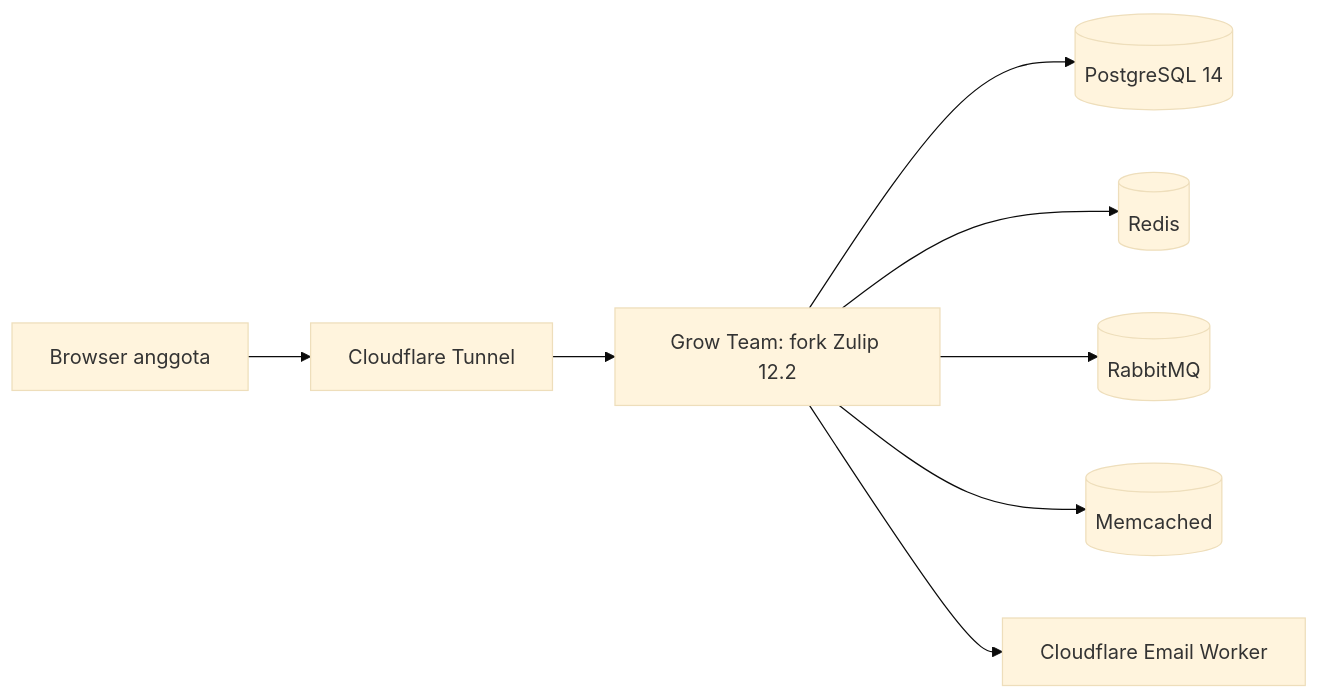
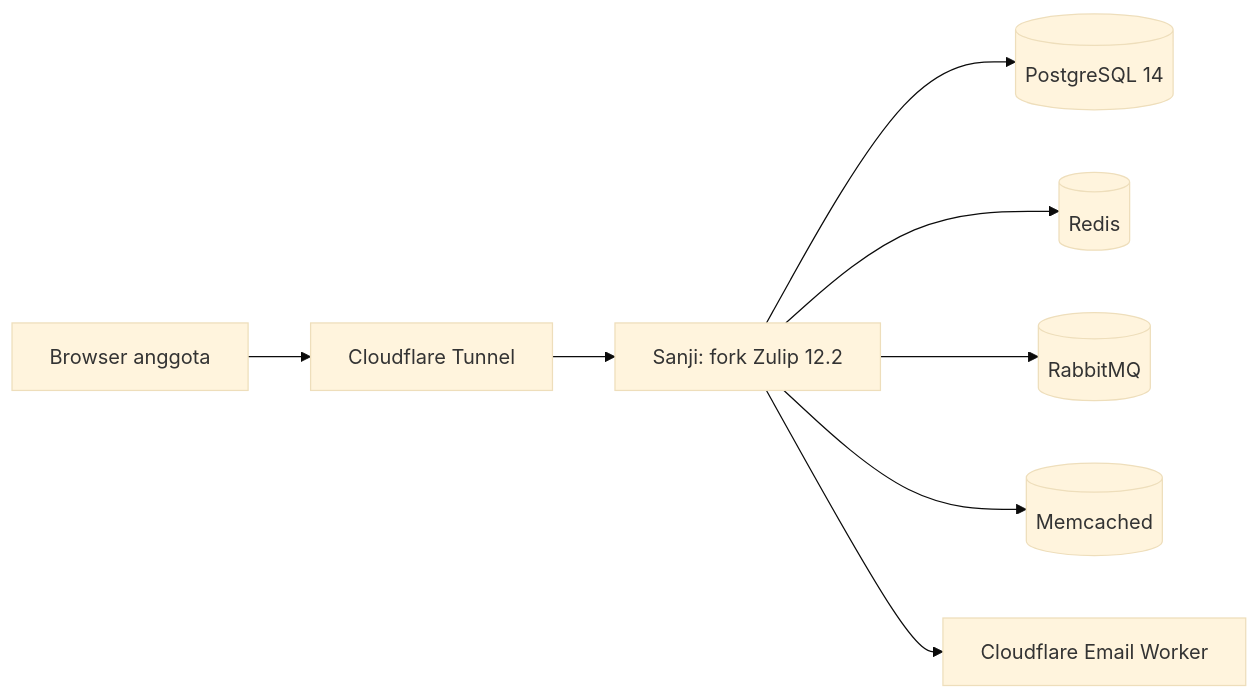
Before and after one commit to Growth-Circle/grow-team: the first of 2 diagrams in internals/docs/blueprint.md, drawn with Mermaid (base theme). The commit also changed other lines of this file and 18 other files, not shown here.

````diff
--- a/internals/docs/blueprint.md
+++ b/internals/docs/blueprint.md
@@ -11,10 +11,10 @@
 ```mermaid
 flowchart LR
   Browser[Browser anggota] --> Tunnel[Cloudflare Tunnel]
-  Tunnel --> Zulip[Grow Team: fork Zulip 12.2]
+  Tunnel --> Zulip[Sanji: fork Zulip 12.2]
   Zulip --> PG[(PostgreSQL 14)]
   Zulip --> Redis[(Redis)]
   Zulip --> RabbitMQ[(RabbitMQ)]
   Zulip --> Memcached[(Memcached)]
   Zulip --> Worker[Cloudflare Email Worker]
 ```
````
